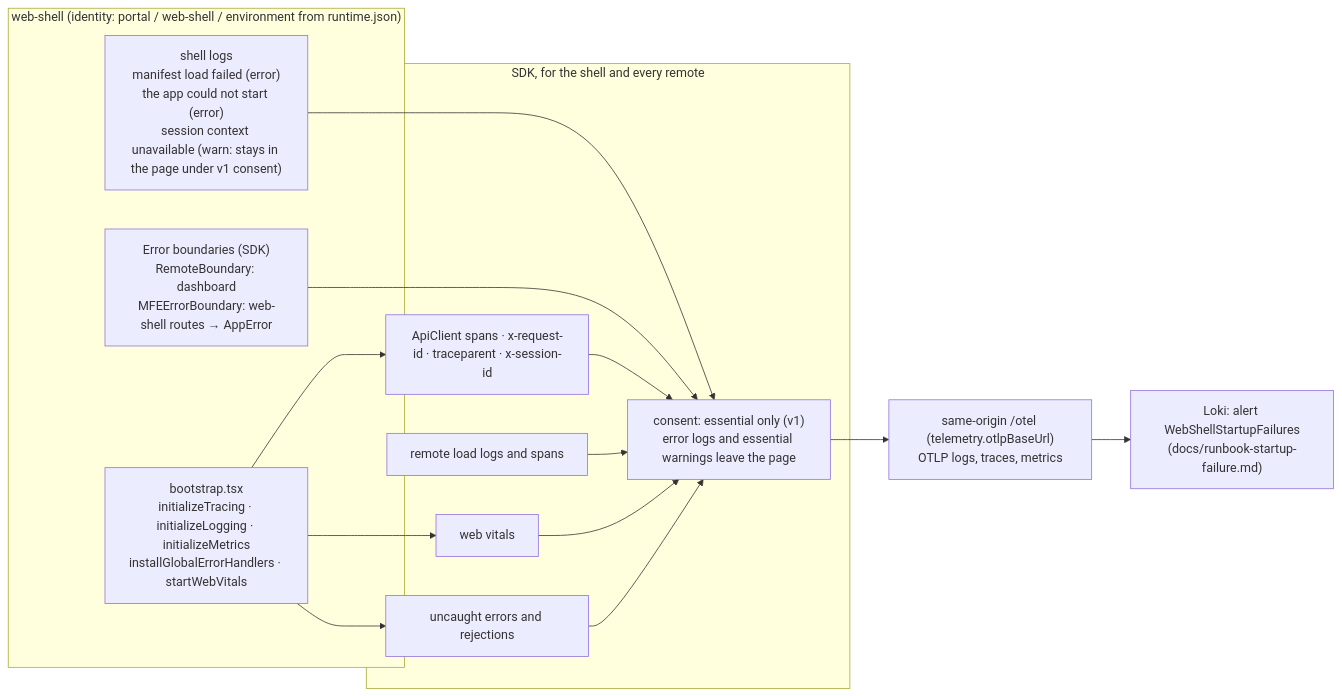
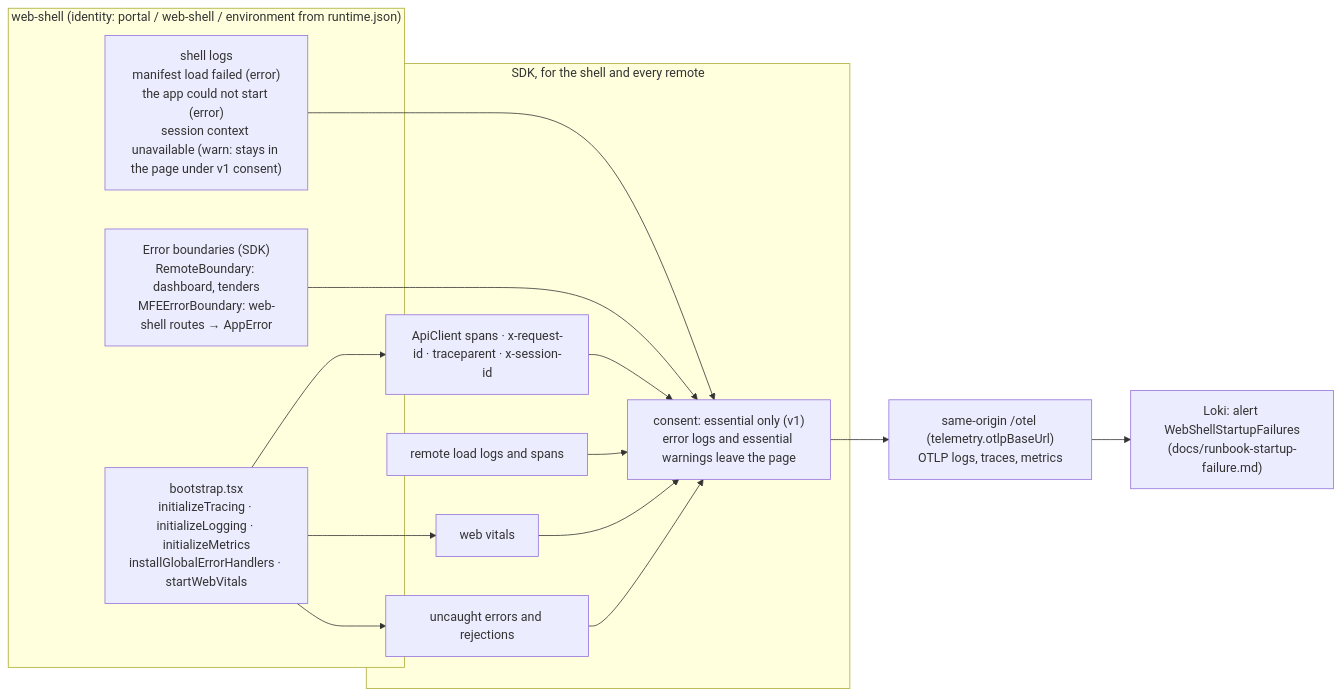
One commit to BCBP-SOLUTIONS-FZC-LLC/web-shell changed the diagram in docs/architecture/mermaid/observability-stack.mmd. Above: the diagram before and after it, drawn with Mermaid. The commit also changed 19 other files, not shown here.

First line of the commit message:
Mount mfe-tender at /t/<slug>/tenders so the tender workspace loads inside the shell (#67)

```diff
--- a/docs/architecture/mermaid/observability-stack.mmd
+++ b/docs/architecture/mermaid/observability-stack.mmd
@@ -1,26 +1,26 @@
 graph LR
     subgraph shell["web-shell (identity: portal / web-shell / environment from runtime.json)"]
         boot["bootstrap.tsx\ninitializeTracing · initializeLogging · initializeMetrics\ninstallGlobalErrorHandlers · startWebVitals"]
         logs["shell logs\nmanifest load failed (error)\nthe app could not start (error)\nsession context unavailable (warn: stays in the page under v1 consent)"]
-        bnd["Error boundaries (SDK)\nRemoteBoundary: dashboard\nMFEErrorBoundary: web-shell routes → AppError"]
+        bnd["Error boundaries (SDK)\nRemoteBoundary: dashboard, tenders\nMFEErrorBoundary: web-shell routes → AppError"]
     end
     subgraph sdk["SDK, for the shell and every remote"]
         api["ApiClient spans · x-request-id · traceparent · x-session-id"]
         mfe["remote load logs and spans"]
         vit["web vitals"]
         err["uncaught errors and rejections"]
         consent["consent: essential only (v1)\nerror logs and essential warnings leave the page"]
     end
     otel["same-origin /otel (telemetry.otlpBaseUrl)\nOTLP logs, traces, metrics"]
     loki["Loki: alert WebShellStartupFailures\n(docs/runbook-startup-failure.md)"]
     boot --> api
     boot --> vit
     boot --> err
     logs --> consent
     bnd --> consent
     api --> consent
     mfe --> consent
     vit --> consent
     err --> consent
     consent --> otel
     otel --> loki
```
